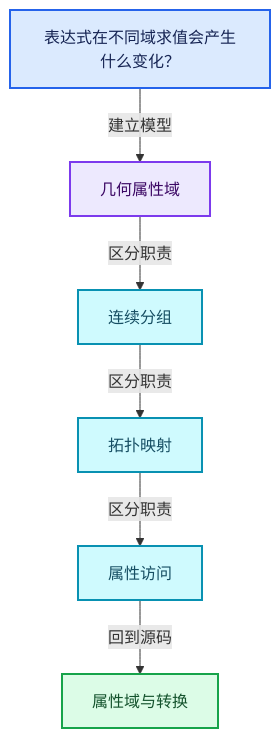
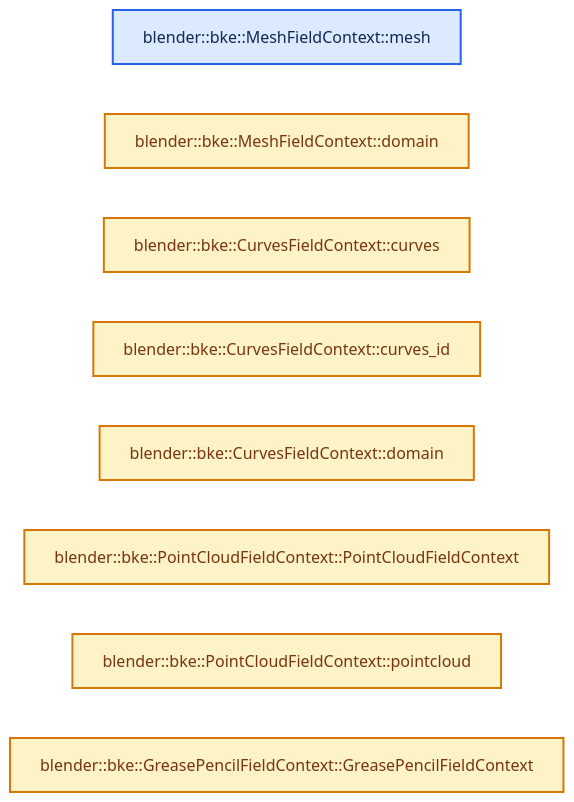
One commit to yunkezengren/blender-.vscode changed the second of 4 diagrams in 杂/markdown/全面学习-codex/05-几何存储与拓扑映射/09-属性域与转换.md. Above: the diagram before and after it, drawn with Mermaid. The commit also changed other lines of this file and 1930 other files, not shown here.

````diff
--- a/杂/markdown/全面学习-codex/05-几何存储与拓扑映射/09-属性域与转换.md
+++ b/杂/markdown/全面学习-codex/05-几何存储与拓扑映射/09-属性域与转换.md
@@ -61,20 +46,17 @@
 ```mermaid
-flowchart TB
-  Q["表达式在不同域求值会产生什么变化？"]:::input
-  C0["几何属性域"]:::abstraction
-  C1["连续分组"]:::data
-  C2["拓扑映射"]:::data
-  C3["属性访问"]:::data
-  R["属性域与转换"]:::result
-  Q -->|"建立模型"| C0
-  C0 -->|"区分职责"| C1
-  C1 -->|"区分职责"| C2
-  C2 -->|"区分职责"| C3
-  C3 -->|"回到源码"| R
+flowchart LR
+  F0["blender::bke::MeshFieldContext::mesh"]:::input
+  F1["blender::bke::MeshFieldContext::domain"]:::compute
+  F2["blender::bke::CurvesFieldContext::curves"]:::compute
+  F3["blender::bke::CurvesFieldContext::curves_id"]:::compute
+  F4["blender::bke::CurvesFieldContext::domain"]:::compute
+  F5["blender::bke::PointCloudFieldContext::PointCloudFieldContext"]:::compute
+  F6["blender::bke::PointCloudFieldContext::pointcloud"]:::compute
+  F7["blender::bke::GreasePencilFieldContext::GreasePencilFieldContext"]:::compute
   classDef input fill:#DBEAFE,stroke:#2563EB,color:#172554,stroke-width:2px;
   classDef data fill:#CFFAFE,stroke:#0891B2,color:#164E63,stroke-width:2px;
   classDef abstraction fill:#EDE9FE,stroke:#7C3AED,color:#3B0764,stroke-width:2px;
   classDef compute fill:#FEF3C7,stroke:#D97706,color:#78350F,stroke-width:2px;
   classDef result fill:#DCFCE7,stroke:#16A34A,color:#14532D,stroke-width:2px;
   classDef error fill:#FEE2E2,stroke:#DC2626,color:#7F1D1D,stroke-width:2px;
 ```
````
